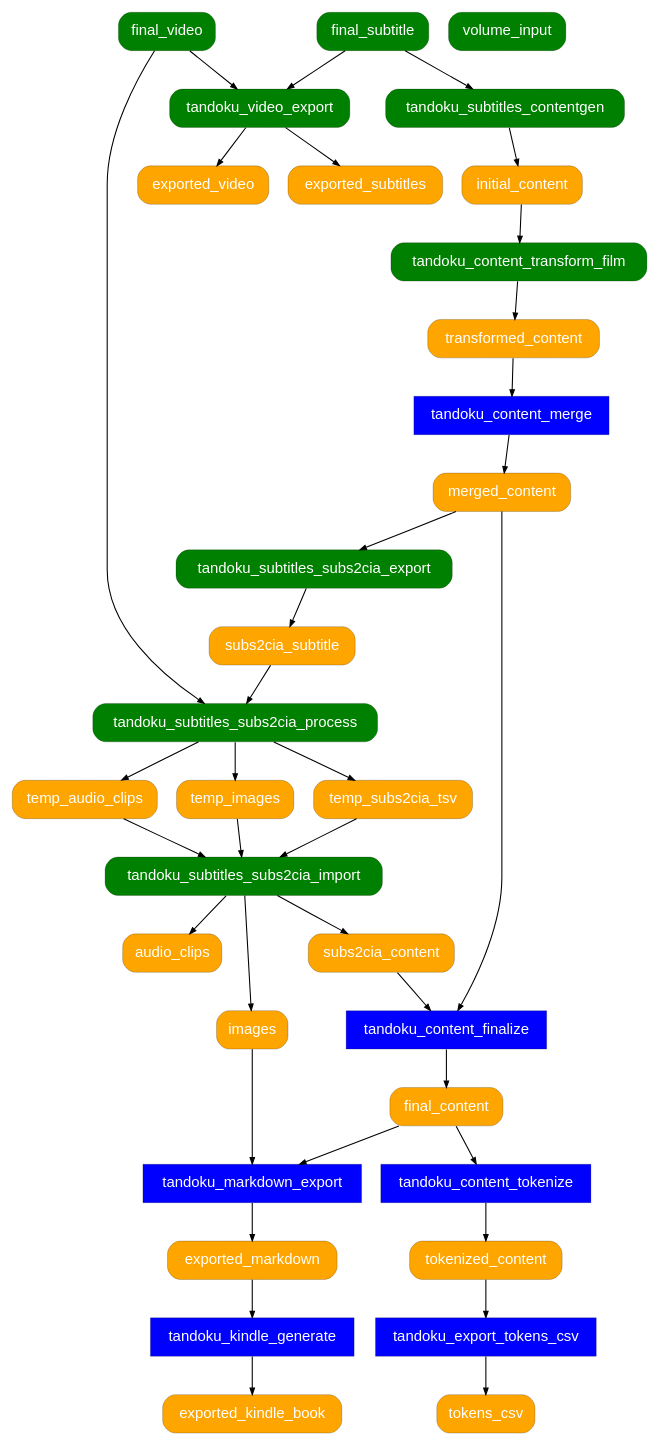
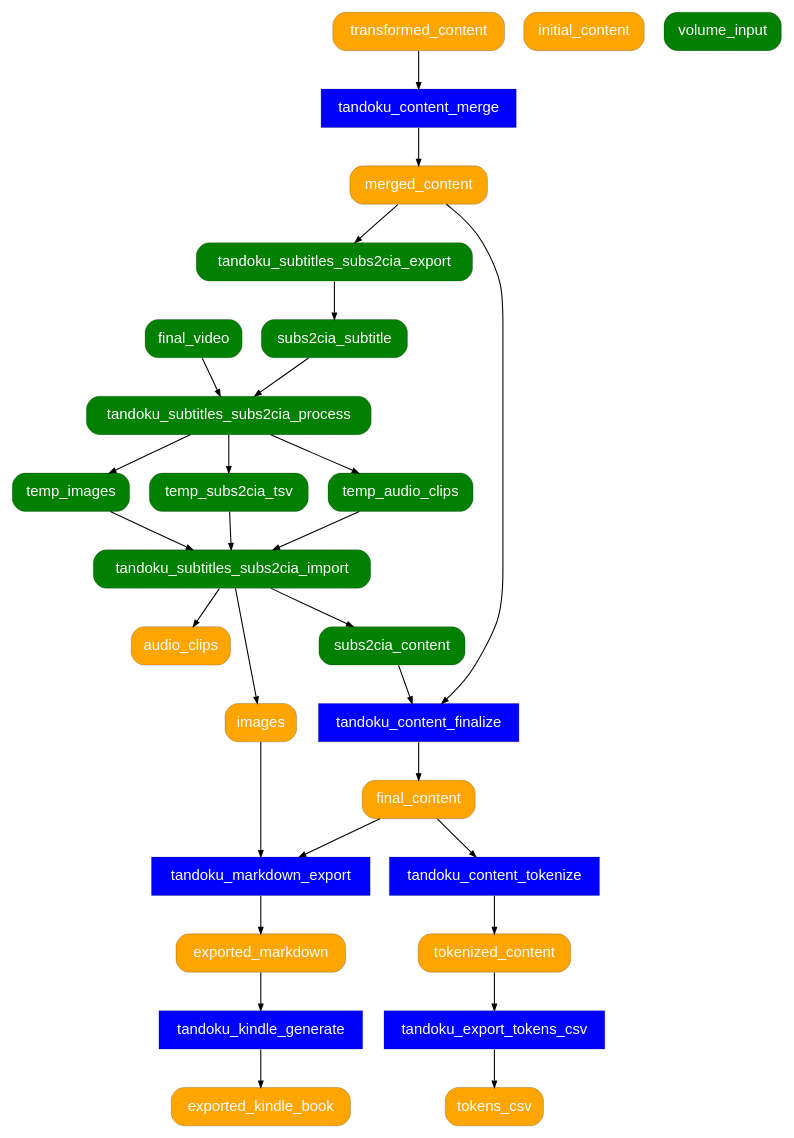
One commit to tandoku/tandoku changed the diagram in docs/tandoku-workflow.dot. Above: the diagram before and after it, drawn with Graphviz. The commit also changed 1 other file, not shown here.

```diff
--- a/docs/tandoku-workflow.dot
+++ b/docs/tandoku-workflow.dot
@@ -1,178 +1,178 @@
 # TODO: consider generating this from spreadsheet data using PSGraph
 # (or create workflow definition in YAML, import to spreadsheet and generate graph from YAML)
 digraph {
     graph [fontname="Helvetica"];
     node [fontname="Helvetica" penwidth=0.2];
     edge [fontname="Helvetica" arrowsize="0.6"];
 
     # processes
     node [shape=rect style="filled" fillcolor=blue fontcolor=white];
     # TODO: align to new module-based API structure
     #tandoku_new_volume
 
     tandoku_export_tokens_csv
 
     #tandoku_import
     
     ## source processes
     #tandoku_source_import
 
     ## film processes (subtitles, video)
     #tandoku_subtitles_init
     #tandoku_subtitles_clean
     #tandoku_subtitles_align
     #tandoku_subtitles_finalize
     #tandoku_subtitles_contentgen
 
     #tandoku_subtitles_subs2cia_export
     #tandoku_subtitles_subs2cia_process
     #tandoku_subtitles_subs2cia_import
 
     #tandoku_video_init
     #tandoku_video_clean
     #tandoku_video_finalize
     #tandoku_video_export
 
     #tandoku_content_transform_film
 
     ## content processes
     tandoku_content_merge
     tandoku_content_finalize
     tandoku_content_tokenize
 
     ## markdown, kindle processses
     tandoku_markdown_export
     tandoku_kindle_generate
 
     # artifacts
     node [shape=rect style="filled,rounded" fillcolor=orange];
     #volume_tdkv
 
     initial_content
     transformed_content
     merged_content
     tokenized_content
     final_content
 
     images
 
     audio_clips
 
     tokens_csv
 
     ## film artifacts
     #external_subtitle
     #src_subtitle
     #initial_subtitle
     #clean_subtitle
     #aligned_subtitle
     #final_subtitle
 
     #external_video
     #src_video
     #initial_video
     #clean_video
     #final_video
 
-    exported_video
-    exported_subtitles
+    #exported_video
+    #exported_subtitles
 
-    subs2cia_subtitle
-    temp_subs2cia_tsv
-    temp_audio_clips
-    temp_images
-    subs2cia_content
+    #subs2cia_subtitle
+    #temp_subs2cia_tsv
+    #temp_audio_clips
+    #temp_images
+    #subs2cia_content
 
     ## markdown, kindle
     exported_markdown
     exported_kindle_book
 
     # user input
     node [shape=rect style="filled,rounded" fillcolor=green];
     volume_input
 
     # edges
     #volume_input -> tandoku_new_volume
     #tandoku_new_volume -> volume_tdkv
 
     tokenized_content -> tandoku_export_tokens_csv
     tandoku_export_tokens_csv -> tokens_csv
 
     #external_subtitle -> tandoku_import
     #external_video -> tandoku_import
     #volume_tdkv -> tandoku_import
     #tandoku_import -> tandoku_source_import
     #tandoku_import -> tandoku_subtitles_init
     #tandoku_import -> tandoku_video_init
 
     #volume_tdkv -> tandoku_source_import
 
     ## film edges
     #external_subtitle -> tandoku_source_import
     #tandoku_source_import -> src_subtitle
     #src_subtitle -> tandoku_subtitles_init
     #volume_tdkv -> tandoku_subtitles_init
     #tandoku_subtitles_init -> initial_subtitle
     #initial_subtitle -> tandoku_subtitles_clean
     #tandoku_subtitles_clean -> clean_subtitle
 
     #external_video -> tandoku_source_import
     #tandoku_source_import -> src_video
     #src_video -> tandoku_video_init
     #volume_tdkv -> tandoku_video_init
     #tandoku_video_init -> initial_video
     #initial_video -> tandoku_video_clean
     #tandoku_video_clean -> clean_video
     #clean_video -> tandoku_video_finalize
     #tandoku_video_finalize -> final_video
 
     #clean_subtitle -> tandoku_subtitles_align
     #final_video -> tandoku_subtitles_align
     #tandoku_subtitles_align -> aligned_subtitle
     #aligned_subtitle -> tandoku_subtitles_finalize
     #tandoku_subtitles_finalize -> final_subtitle
 
-    final_subtitle -> tandoku_video_export
-    final_video -> tandoku_video_export
-    tandoku_video_export -> exported_video
-    tandoku_video_export -> exported_subtitles
+    #final_subtitle -> tandoku_video_export
+    #final_video -> tandoku_video_export
+    #tandoku_video_export -> exported_video
+    #tandoku_video_export -> exported_subtitles
 
-    final_subtitle -> tandoku_subtitles_contentgen
-    tandoku_subtitles_contentgen -> initial_content
+    #final_subtitle -> tandoku_subtitles_contentgen
+    #tandoku_subtitles_contentgen -> initial_content
 
-    initial_content -> tandoku_content_transform_film
-    tandoku_content_transform_film -> transformed_content
+    #initial_content -> tandoku_content_transform_film
+    #tandoku_content_transform_film -> transformed_content
 
     merged_content -> tandoku_subtitles_subs2cia_export
     tandoku_subtitles_subs2cia_export -> subs2cia_subtitle
     subs2cia_subtitle -> tandoku_subtitles_subs2cia_process
     final_video -> tandoku_subtitles_subs2cia_process
     tandoku_subtitles_subs2cia_process -> temp_subs2cia_tsv
     tandoku_subtitles_subs2cia_process -> temp_audio_clips
     tandoku_subtitles_subs2cia_process -> temp_images
     temp_subs2cia_tsv -> tandoku_subtitles_subs2cia_import
     temp_audio_clips -> tandoku_subtitles_subs2cia_import
     temp_images -> tandoku_subtitles_subs2cia_import
     tandoku_subtitles_subs2cia_import -> audio_clips
     tandoku_subtitles_subs2cia_import -> images
     tandoku_subtitles_subs2cia_import -> subs2cia_content
     subs2cia_content -> tandoku_content_finalize
 
     ## general content edges
     transformed_content -> tandoku_content_merge
     tandoku_content_merge -> merged_content
     merged_content -> tandoku_content_finalize
     tandoku_content_finalize -> final_content
 
     final_content -> tandoku_content_tokenize
     tandoku_content_tokenize -> tokenized_content
 
     ## markdown export
     final_content -> tandoku_markdown_export
     images -> tandoku_markdown_export
     tandoku_markdown_export -> exported_markdown
 
     ## kindle export
     exported_markdown -> tandoku_kindle_generate
     tandoku_kindle_generate -> exported_kindle_book
 }
```
